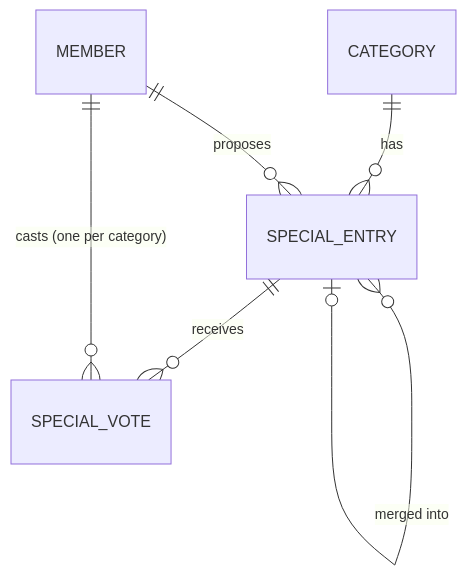
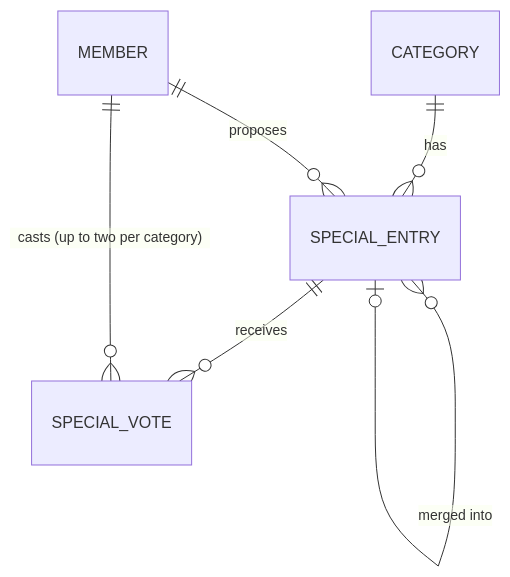
Before and after one commit to soma-labs/rominas-api: the sixth of 9 diagrams in docs/domain-model.md, drawn with Mermaid. The commit also changed other lines of this file and 16 other files, not shown here.

First line of the commit message:
Let a member both propose a special entry and vote for another one

````diff
--- a/docs/domain-model.md
+++ b/docs/domain-model.md
@@ -467,8 +467,8 @@
 ```mermaid
 erDiagram
     CATEGORY ||--o{ SPECIAL_ENTRY : "has"
     MEMBER ||--o{ SPECIAL_ENTRY : "proposes"
     SPECIAL_ENTRY ||--o{ SPECIAL_VOTE : "receives"
-    MEMBER ||--o{ SPECIAL_VOTE : "casts (one per category)"
+    MEMBER ||--o{ SPECIAL_VOTE : "casts (up to two per category)"
     SPECIAL_ENTRY }o--o| SPECIAL_ENTRY : "merged into"
 ```
````
